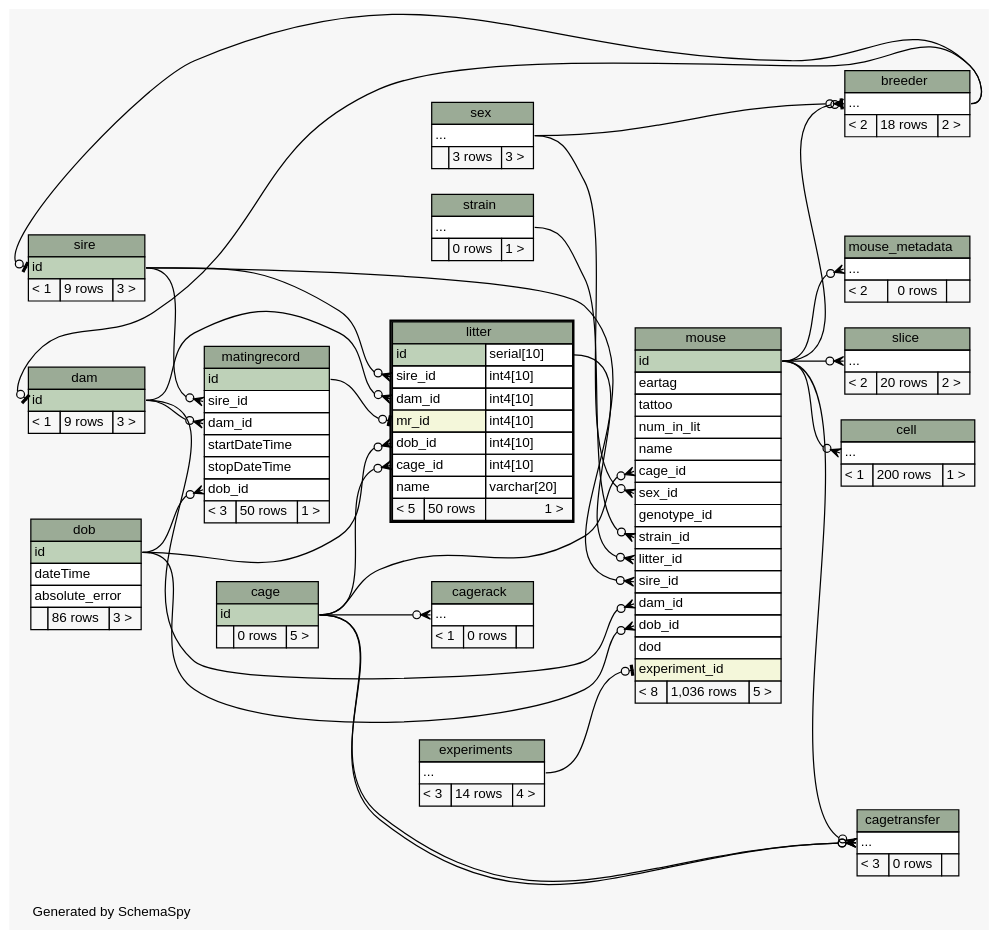
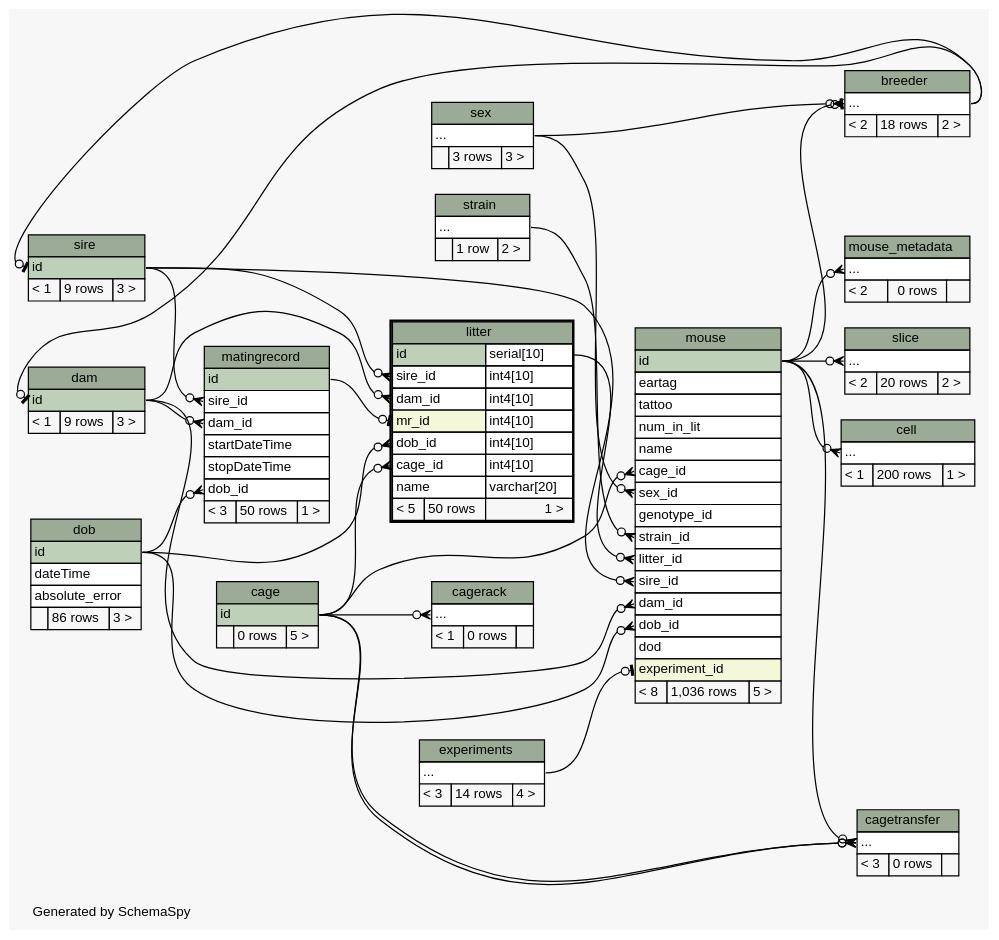
Before and after one commit to tgbugs/mlab: the diagram in database/ss/diagrams/litter.2degrees.dot, drawn with Graphviz. The commit also changed 281 other files, not shown here.

```diff
--- a/database/ss/diagrams/litter.2degrees.dot
+++ b/database/ss/diagrams/litter.2degrees.dot
@@ -1,4 +1,4 @@
-// dot 2.34.0 on Windows 7 6.1
+// dot 2.32.0 on Windows 7 6.1
 // SchemaSpy rev 590
 digraph "twoDegreesRelationshipsDiagram" {
   graph [
@@ -228,7 +228,7 @@
     <TABLE BORDER="0" CELLBORDER="1" CELLSPACING="0" BGCOLOR="#ffffff">
       <TR><TD COLSPAN="3" BGCOLOR="#9bab96" ALIGN="CENTER">strain</TD></TR>
       <TR><TD PORT="elipses" COLSPAN="3" ALIGN="LEFT">...</TD></TR>
-      <TR><TD ALIGN="LEFT" BGCOLOR="#f7f7f7">  </TD><TD ALIGN="RIGHT" BGCOLOR="#f7f7f7">0 rows</TD><TD ALIGN="RIGHT" BGCOLOR="#f7f7f7">1 &gt;</TD></TR>
+      <TR><TD ALIGN="LEFT" BGCOLOR="#f7f7f7">  </TD><TD ALIGN="RIGHT" BGCOLOR="#f7f7f7">1 row</TD><TD ALIGN="RIGHT" BGCOLOR="#f7f7f7">2 &gt;</TD></TR>
     </TABLE>>
     URL="strain.html"
     tooltip="strain"
```
